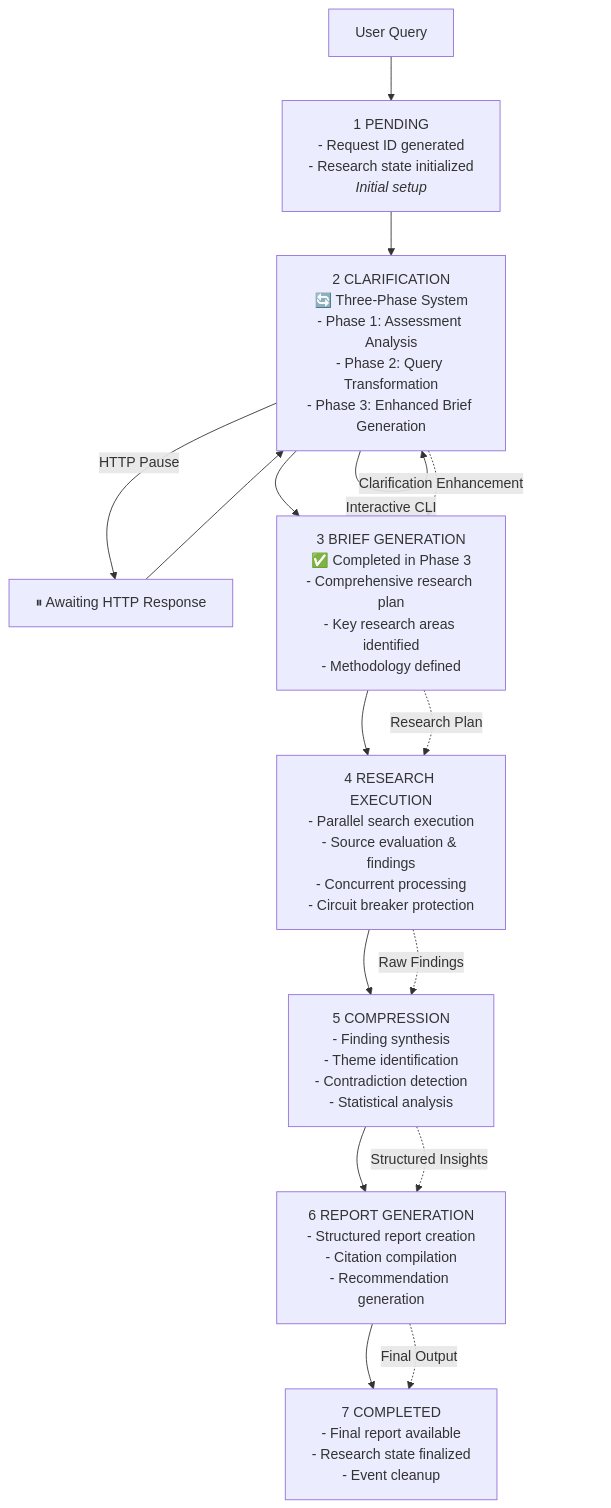
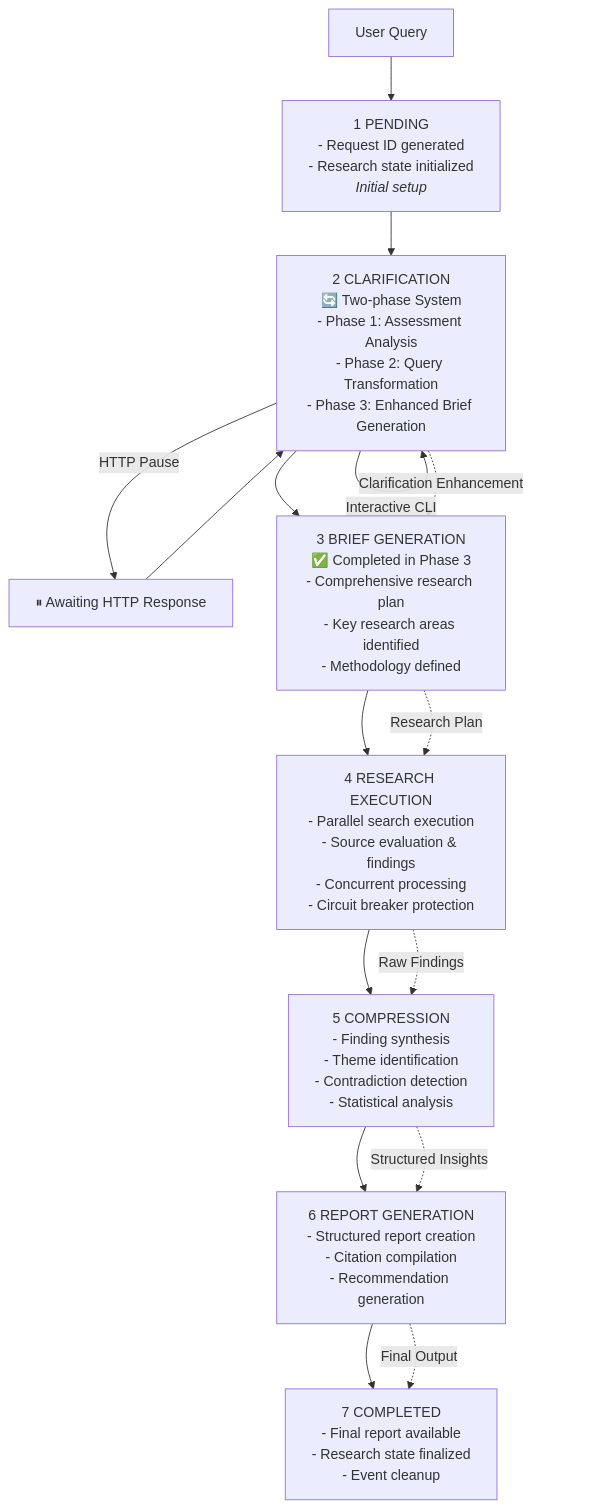
One commit to lionkeng/open_deep_research_pydantic_ai changed the second of 2 diagrams in docs/system_architecture.md. Above: the diagram before and after it, drawn with Mermaid. The commit also changed other lines of this file and 12 other files, not shown here.

Commit message:
update code to be say 2-phase for query clarification stage

````diff
--- a/docs/system_architecture.md
+++ b/docs/system_architecture.md
@@ -73,26 +79,26 @@
 ```mermaid
 flowchart TD
     A[User Query] --> B["1 PENDING<br/>- Request ID generated<br/>- Research state initialized<br/><i>Initial setup</i>"]
 
-    B --> C["2 CLARIFICATION<br/>🔄 Three-Phase System<br/>- Phase 1: Assessment Analysis<br/>- Phase 2: Query Transformation<br/>- Phase 3: Enhanced Brief Generation"]
+    B --> C["2 CLARIFICATION<br/>🔄 Two-phase System<br/>- Phase 1: Assessment Analysis<br/>- Phase 2: Query Transformation<br/>- Phase 3: Enhanced Brief Generation"]
     C -- "Interactive CLI" --> C
     C -- "HTTP Pause" --> WAIT["⏸ Awaiting HTTP Response"]
     WAIT --> C
 
     C --> D["3 BRIEF GENERATION<br/>✅ Completed in Phase 3<br/>- Comprehensive research plan<br/>- Key research areas identified<br/>- Methodology defined"]
 
     D --> E["4 RESEARCH EXECUTION<br/>- Parallel search execution<br/>- Source evaluation & findings<br/>- Concurrent processing<br/>- Circuit breaker protection"]
 
     E --> F["5 COMPRESSION<br/>- Finding synthesis<br/>- Theme identification<br/>- Contradiction detection<br/>- Statistical analysis"]
 
     F --> G["6 REPORT GENERATION<br/>- Structured report creation<br/>- Citation compilation<br/>- Recommendation generation"]
 
     G --> H["7 COMPLETED<br/>- Final report available<br/>- Research state finalized<br/>- Event cleanup"]
 
     %% Enhanced flow connectors
     C -.->|"Clarification Enhancement"| D
     D -.->|"Research Plan"| E
     E -.->|"Raw Findings"| F
     F -.->|"Structured Insights"| G
     G -.->|"Final Output"| H
 ```
````
